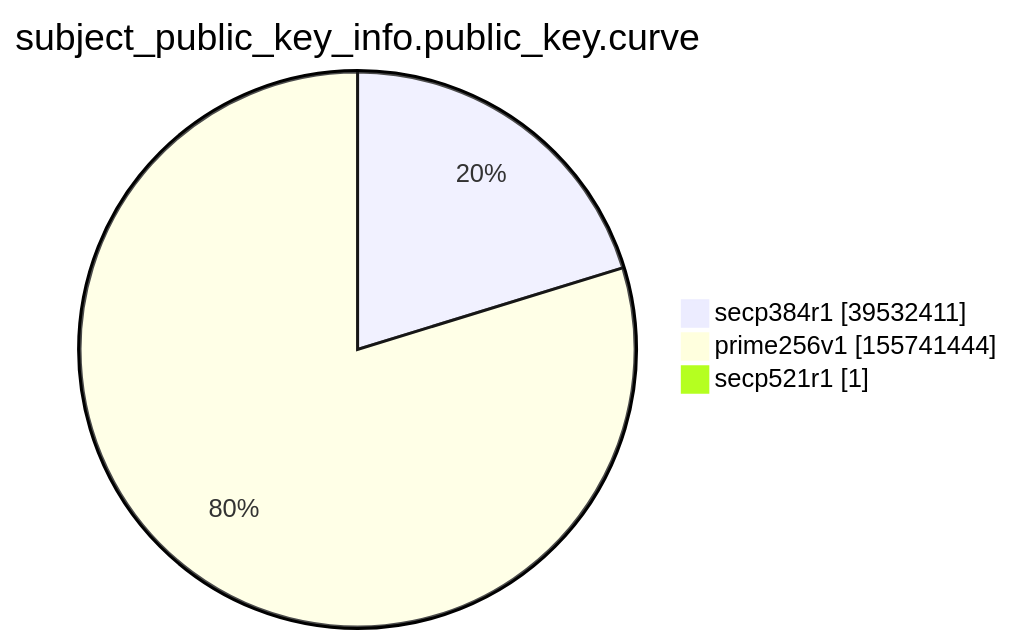
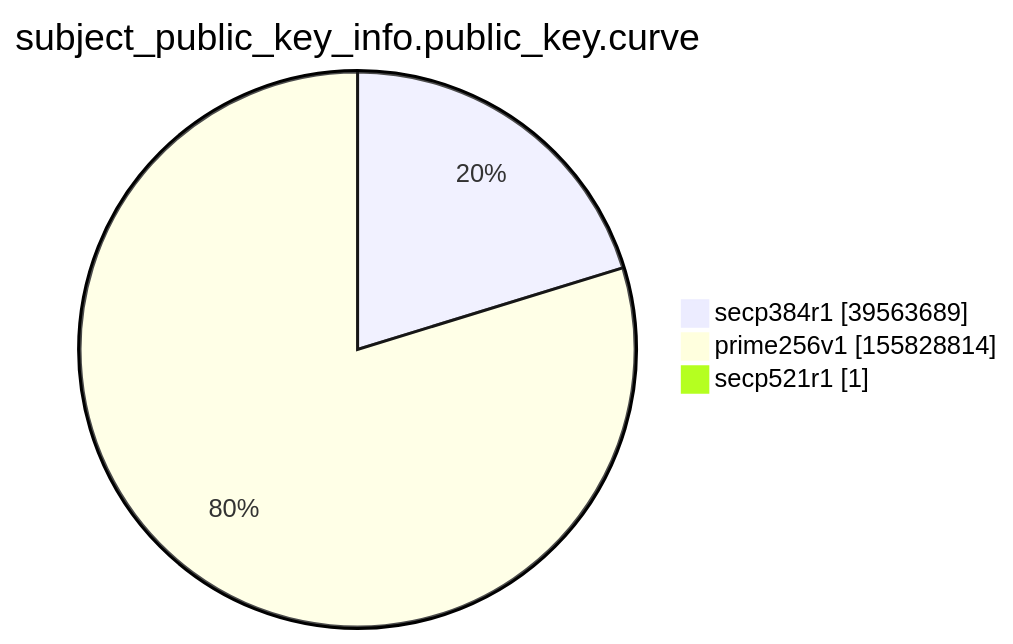
Before and after one commit to christiankrug/ctmonitor_visualization: the ninth of 15 diagrams in xenon2022/README.md, drawn with Mermaid. The commit also changed other lines of this file, not shown here.

````diff
--- a/xenon2022/README.md
+++ b/xenon2022/README.md
@@ -2865,7 +2865,7 @@
 ```mermaid
 pie showData
 title subject_public_key_info.public_key.curve
-"secp384r1" :39532411
-"prime256v1" :155741444
+"secp384r1" :39563689
+"prime256v1" :155828814
 "secp521r1" :1
 ```
````
